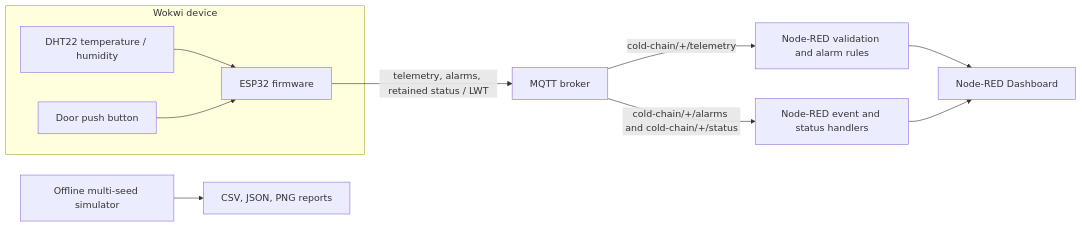
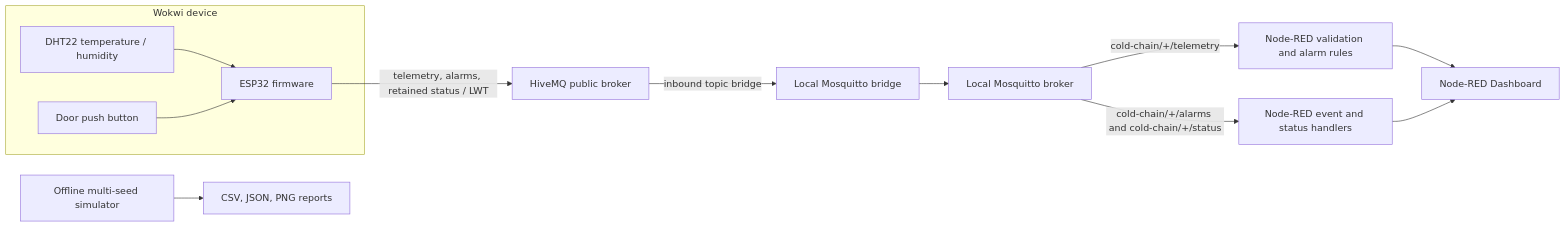
The diagram in README.md (denerkr/cold-chain-iot-gateway), drawn with Mermaid before and after one commit. The commit also changed other lines of this file and 12 other files, not shown here.

````diff
--- a/README.md
+++ b/README.md
@@ -13,16 +15,18 @@
 ```mermaid
 flowchart LR
     subgraph Device["Wokwi device"]
         DHT["DHT22 temperature / humidity"]
         Door["Door push button"]
         ESP32["ESP32 firmware"]
         DHT --> ESP32
         Door --> ESP32
     end
-    ESP32 -->|"telemetry, alarms, retained status / LWT"| MQTT["MQTT broker"]
-    MQTT -->|"cold-chain/+/telemetry"| Validate["Node-RED validation and alarm rules"]
-    MQTT -->|"cold-chain/+/alarms and cold-chain/+/status"| Event["Node-RED event and status handlers"]
+    ESP32 -->|"telemetry, alarms, retained status / LWT"| PublicMQTT["HiveMQ public broker"]
+    PublicMQTT -->|"inbound topic bridge"| Bridge["Local Mosquitto bridge"]
+    Bridge --> LocalMQTT["Local Mosquitto broker"]
+    LocalMQTT -->|"cold-chain/+/telemetry"| Validate["Node-RED validation and alarm rules"]
+    LocalMQTT -->|"cold-chain/+/alarms and cold-chain/+/status"| Event["Node-RED event and status handlers"]
     Validate --> Dashboard["Node-RED Dashboard"]
     Event --> Dashboard
     Simulator["Offline multi-seed simulator"] --> Reports["CSV, JSON, PNG reports"]
 ```
````
